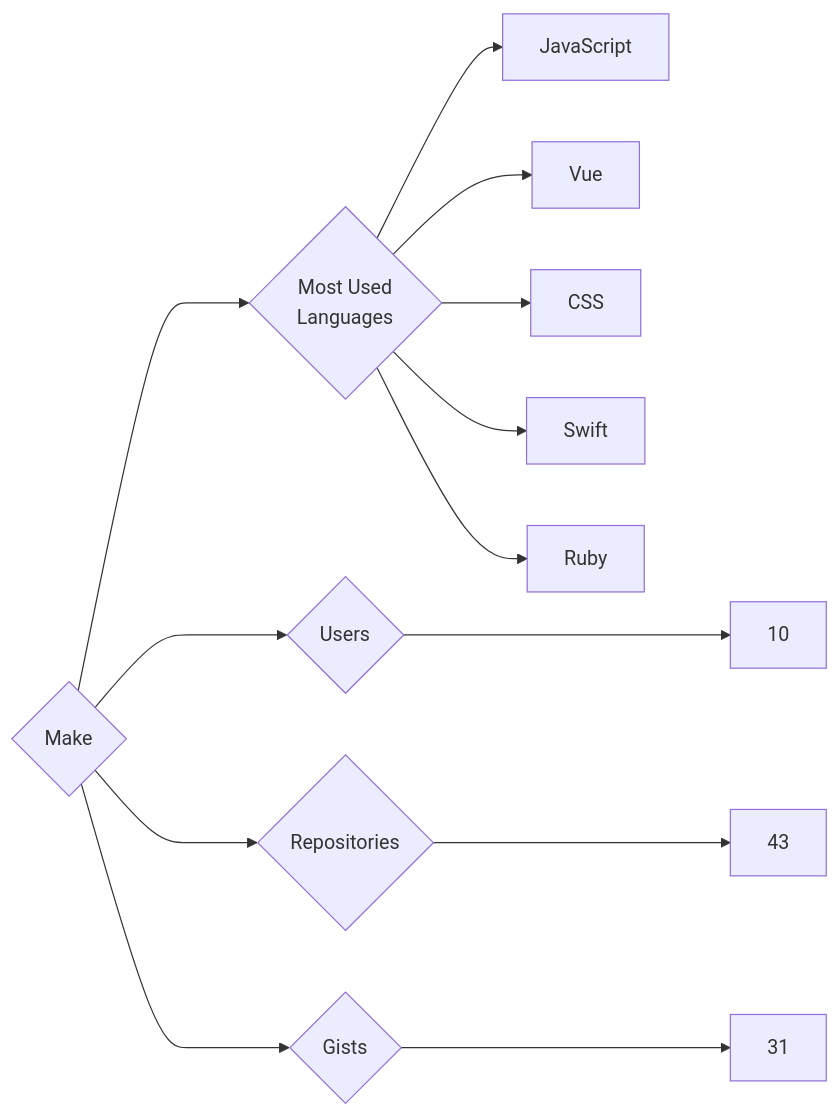
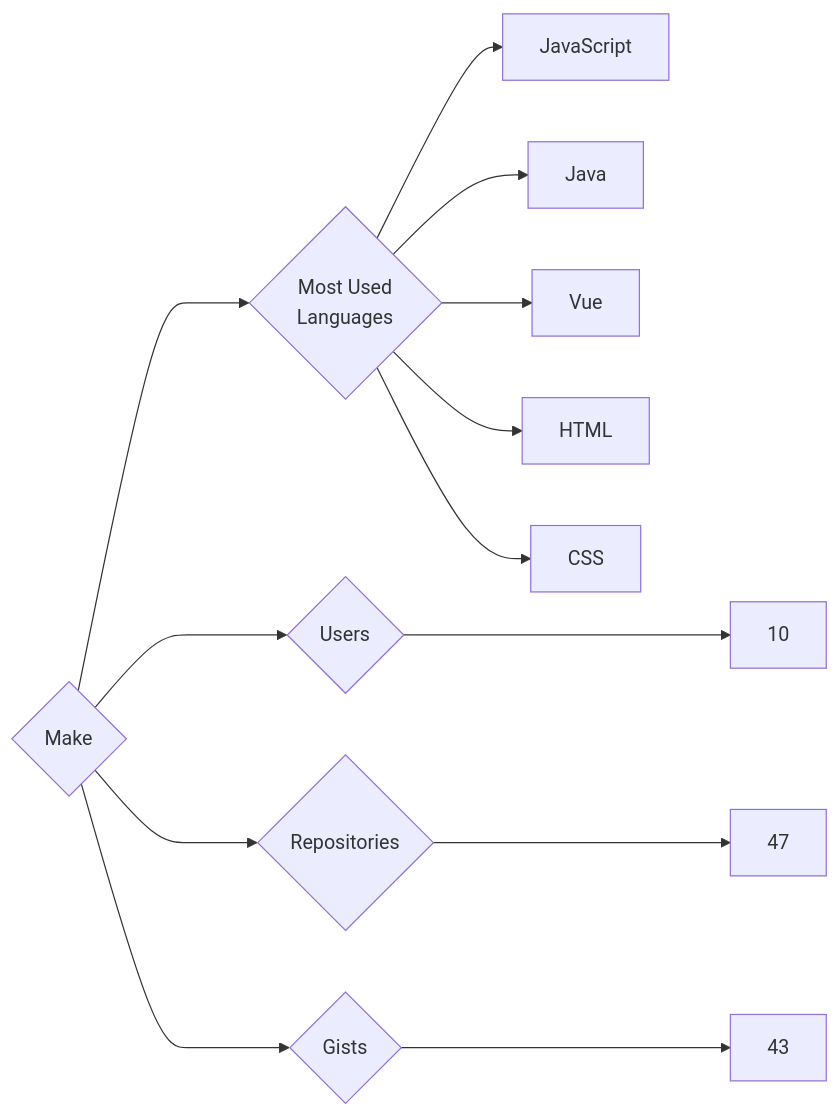
Before and after one commit to trickest/insiders: the diagram in targets/Make/README.md, drawn with Mermaid. The commit also changed 1479 other files, not shown here.

````diff
--- a/targets/Make/README.md
+++ b/targets/Make/README.md
@@ -3,13 +3,13 @@
 ```mermaid
 graph LR
 COMPANY_NAME{Make}
 COMPANY_NAME ---> U{Users} ---> UN[10]
-COMPANY_NAME ---> R{Repositories} ---> RN[43]
-COMPANY_NAME ---> G{Gists} ---> GN[31]
+COMPANY_NAME ---> R{Repositories} ---> RN[47]
+COMPANY_NAME ---> G{Gists} ---> GN[43]
 COMPANY_NAME ---> ML{Most Used<br>Languages}
 ML --> JavaScript[JavaScript]
+ML --> Java[Java]
 ML --> Vue[Vue]
+ML --> HTML[HTML]
 ML --> CSS[CSS]
-ML --> Swift[Swift]
-ML --> Ruby[Ruby]
 ```
````
